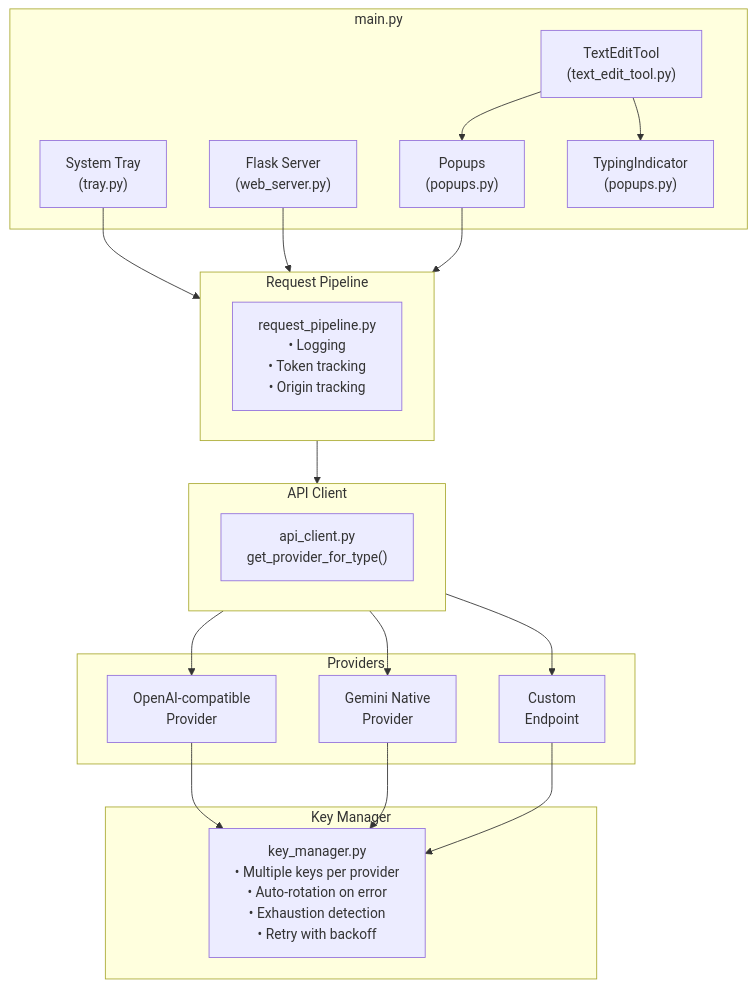
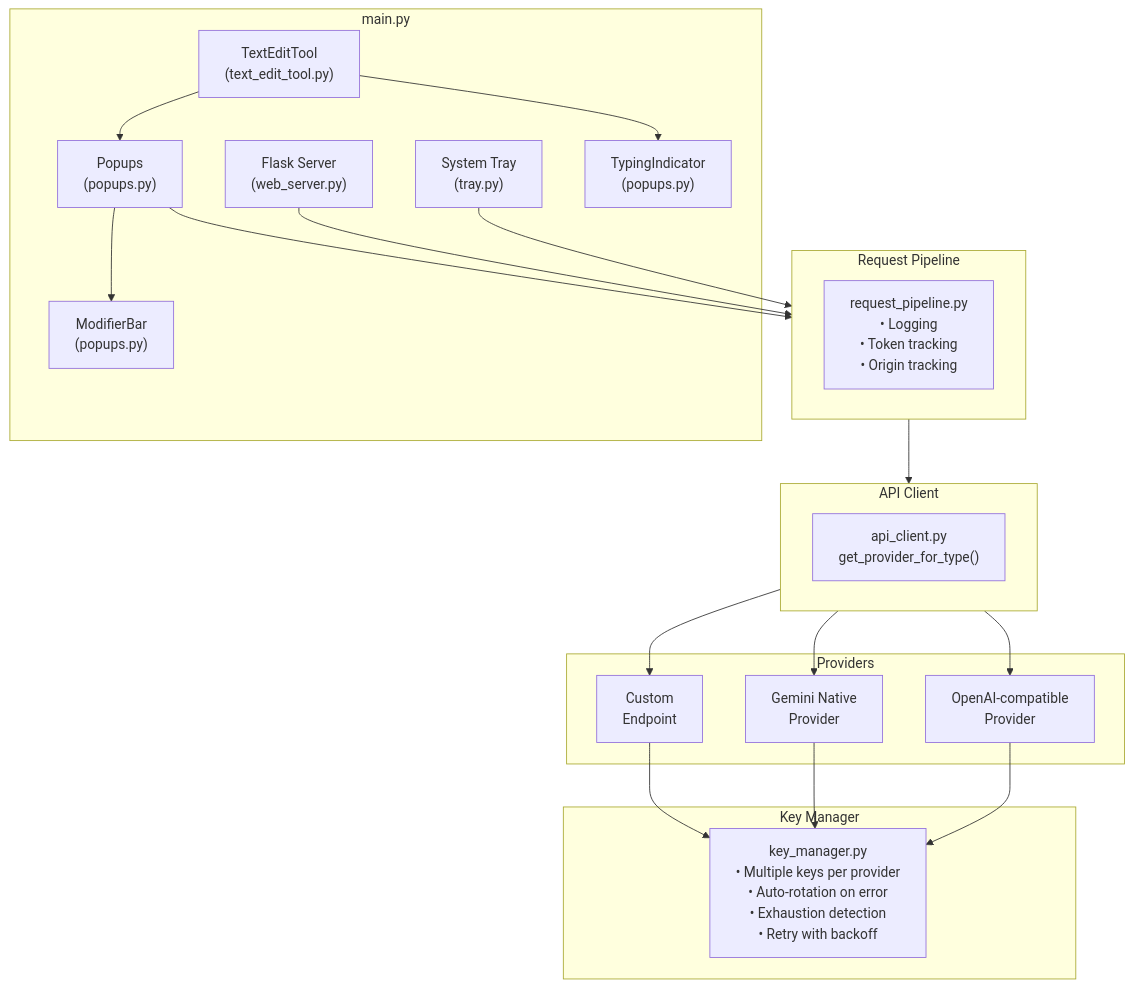
Before and after one commit to zaxx-q/AI-Bridge: the first of 2 diagrams in docs/ARCHITECTURE.md, drawn with Mermaid. The commit also changed other lines of this file and 1 other file, not shown here.

````diff
--- a/docs/ARCHITECTURE.md
+++ b/docs/ARCHITECTURE.md
@@ -17,41 +17,43 @@
 ```mermaid
 flowchart TB
     subgraph Main["main.py"]
         Tray["System Tray<br/>(tray.py)"]
         Flask["Flask Server<br/>(web_server.py)"]
         TET["TextEditTool<br/>(text_edit_tool.py)"]
         Popups["Popups<br/>(popups.py)"]
+        Modifiers["ModifierBar<br/>(popups.py)"]
         TypingInd["TypingIndicator<br/>(popups.py)"]
     end
     
     subgraph Pipeline["Request Pipeline"]
         RP["request_pipeline.py<br/>• Logging<br/>• Token tracking<br/>• Origin tracking"]
     end
     
     subgraph APIClient["API Client"]
         AC["api_client.py<br/>get_provider_for_type()"]
     end
     
     subgraph Providers["Providers"]
         OAI["OpenAI-compatible<br/>Provider"]
         Gemini["Gemini Native<br/>Provider"]
         Custom["Custom<br/>Endpoint"]
     end
     
     subgraph KeyMgr["Key Manager"]
         KM["key_manager.py<br/>• Multiple keys per provider<br/>• Auto-rotation on error<br/>• Exhaustion detection<br/>• Retry with backoff"]
     end
     
     Tray --> Pipeline
     Flask --> Pipeline
     TET --> Popups
+    Popups --> Modifiers
     TET --> TypingInd
     Popups --> Pipeline
     Pipeline --> APIClient
     APIClient --> OAI
     APIClient --> Gemini
     APIClient --> Custom
     OAI --> KM
     Gemini --> KM
     Custom --> KM
 ```
````
